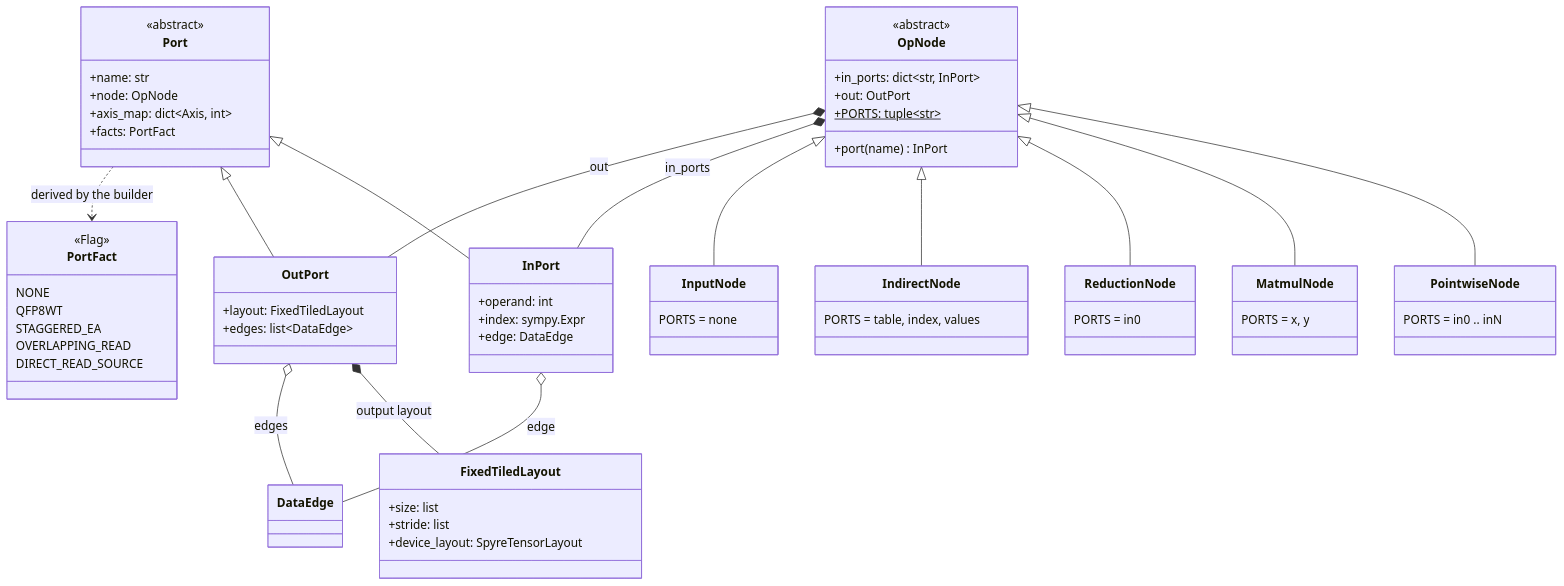
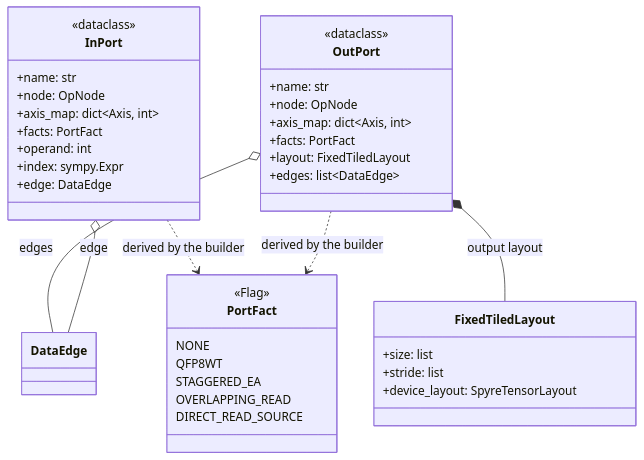
The second of 6 diagrams in plans/lx-allocator.md (spectre-ns/spyre-roadmap), drawn with Mermaid before and after one commit. The commit also changed other lines of this file, not shown here.

````diff
--- a/plans/lx-allocator.md
+++ b/plans/lx-allocator.md
@@ -208,71 +180,44 @@
 ```mermaid
 classDiagram
     direction TB
 
-    class OpNode {
-        <<abstract>>
-        +in_ports: dict~str, InPort~
-        +out: OutPort
-        +PORTS: tuple~str~$
-        +port(name) InPort
-    }
-    class Port {
-        <<abstract>>
+    class InPort {
+        <<dataclass>>
         +name: str
         +node: OpNode
         +axis_map: dict~Axis, int~
         +facts: PortFact
-    }
-    class InPort {
         +operand: int
         +index: sympy.Expr
         +edge: DataEdge
     }
     class OutPort {
+        <<dataclass>>
+        +name: str
+        +node: OpNode
+        +axis_map: dict~Axis, int~
+        +facts: PortFact
         +layout: FixedTiledLayout
         +edges: list~DataEdge~
-    }
-    class PointwiseNode {
-        PORTS = in0 .. inN
-    }
-    class MatmulNode {
-        PORTS = x, y
-    }
-    class ReductionNode {
-        PORTS = in0
-    }
-    class IndirectNode {
-        PORTS = table, index, values
-    }
-    class InputNode {
-        PORTS = none
     }
     class FixedTiledLayout {
         +size: list
         +stride: list
         +device_layout: SpyreTensorLayout
     }
     class PortFact {
         <<Flag>>
         NONE
         QFP8WT
         STAGGERED_EA
         OVERLAPPING_READ
         DIRECT_READ_SOURCE
     }
     class DataEdge
 
-    OpNode <|-- PointwiseNode
-    OpNode <|-- MatmulNode
-    OpNode <|-- ReductionNode
-    OpNode <|-- IndirectNode
-    OpNode <|-- InputNode
-    OpNode *-- InPort : in_ports
-    OpNode *-- OutPort : out
-    Port <|-- InPort
-    Port <|-- OutPort
     OutPort *-- FixedTiledLayout : output layout
     OutPort o-- DataEdge : edges
     InPort o-- DataEdge : edge
-    Port ..> PortFact : derived by the builder
+    InPort ..> PortFact : derived by the builder
+    OutPort ..> PortFact : derived by the builder
 ```
````
